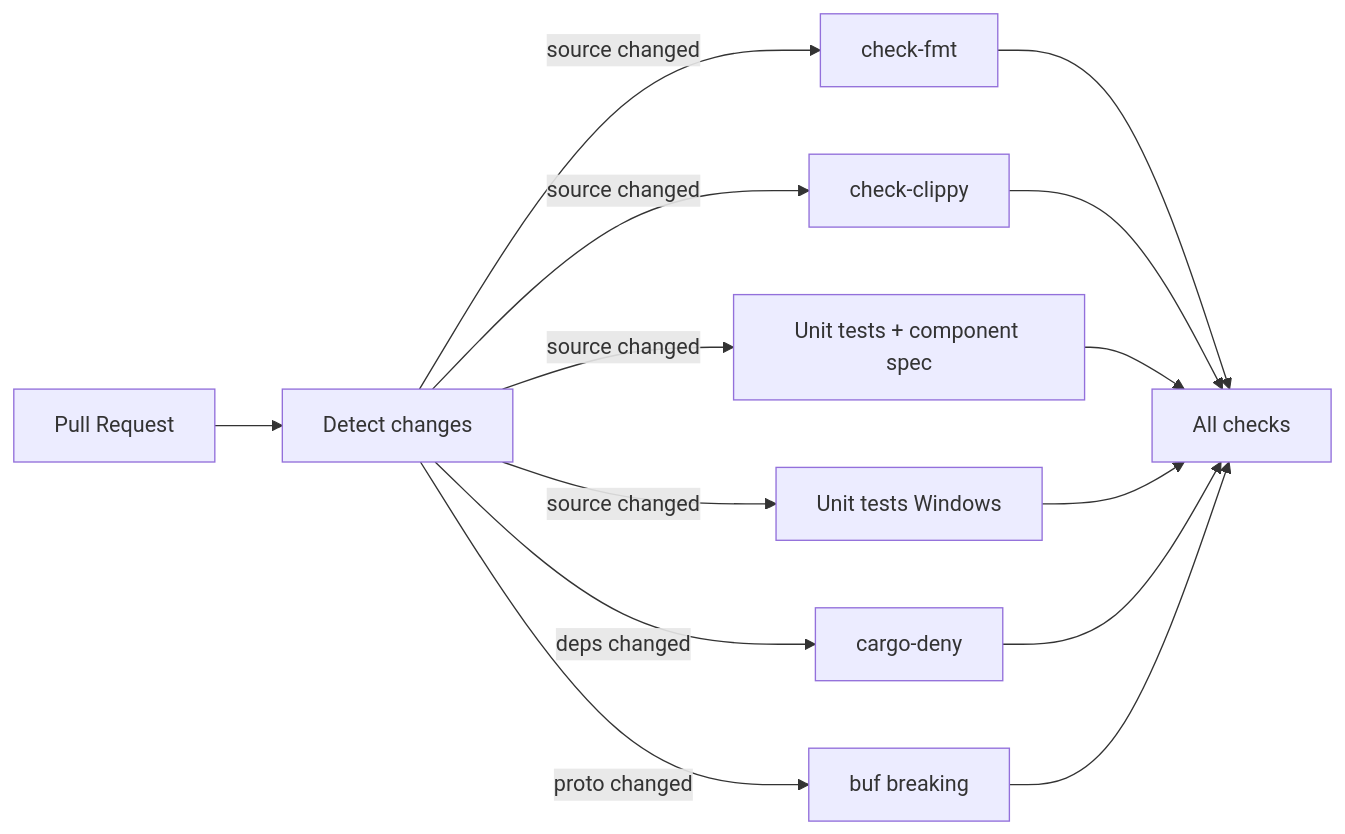
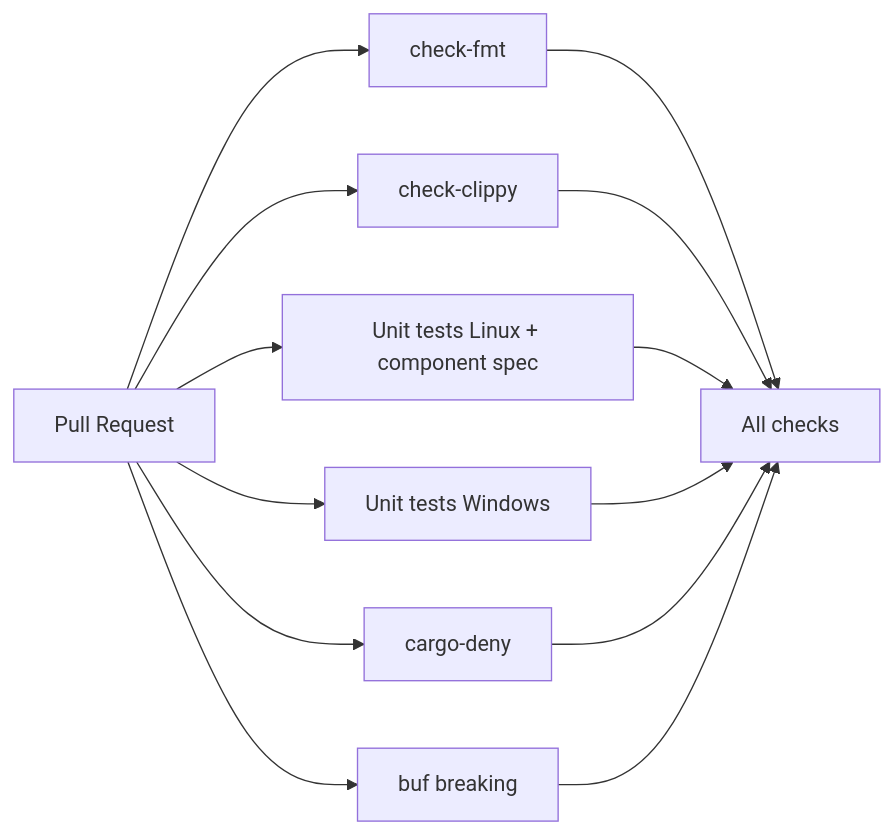
Before and after one commit to cboudereau/sol: the first of 2 diagrams in docs/designs/20260505_github-actions.md, drawn with Mermaid. The commit also changed other lines of this file and 2 other files, not shown here.

Commit message:
docs: align ADRs and design doc with implemented CI (Windows tests, no path filtering, DOCKER_IMAGE secret)

````diff
--- a/docs/designs/20260505_github-actions.md
+++ b/docs/designs/20260505_github-actions.md
@@ -111,16 +111,15 @@
 ```mermaid
 graph LR
-    PR[Pull Request] --> changes[Detect changes]
-    changes -->|source changed| fmt[check-fmt]
-    changes -->|source changed| clippy[check-clippy]
-    changes -->|source changed| test[Unit tests + component spec]
-    changes -->|source changed| test_win[Unit tests Windows]
-    changes -->|deps changed| deny[cargo-deny]
-    changes -->|proto changed| buf[buf breaking]
+    PR[Pull Request] --> fmt[check-fmt]
+    PR --> clippy[check-clippy]
+    PR --> test[Unit tests Linux + component spec]
+    PR --> test_win[Unit tests Windows]
+    PR --> deny[cargo-deny]
+    PR --> buf[buf breaking]
     fmt --> gate[All checks]
     clippy --> gate
     test --> gate
     test_win --> gate
     deny --> gate
     buf --> gate
 ```
````
